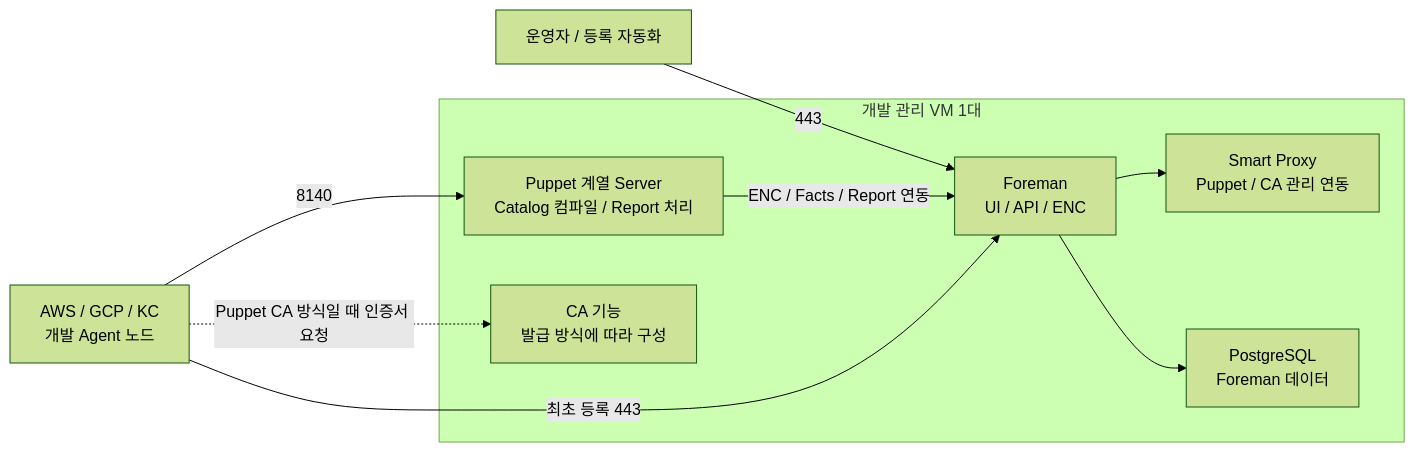
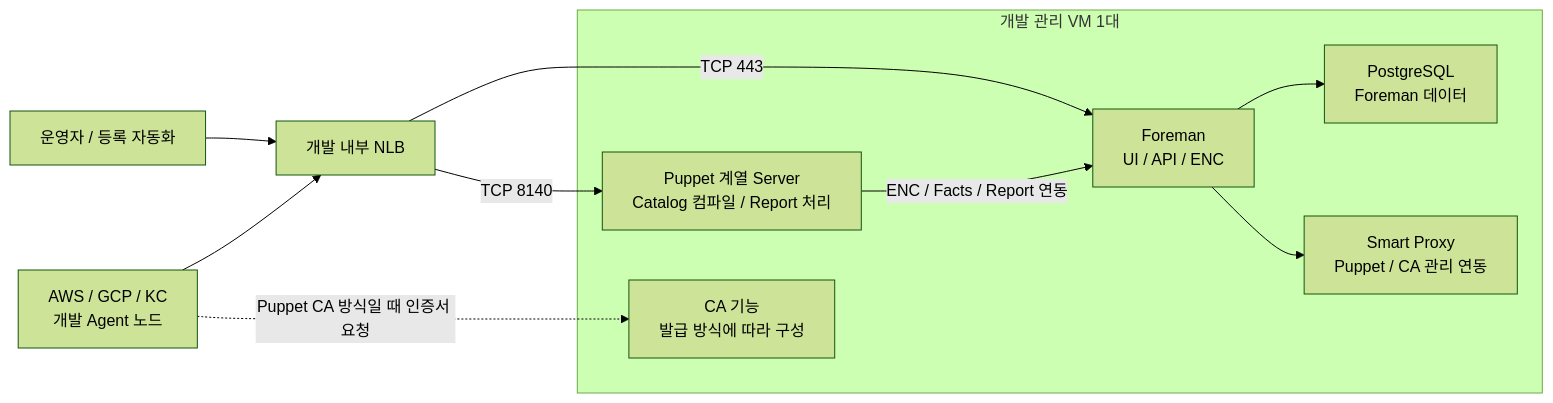
Before and after one commit to heyoon2j/y2-devops-lab: the diagram in foreman-puppet/docs/SERVER_TOPOLOGY.md, drawn with Mermaid (forest theme). The commit also changed other lines of this file and 7 other files, not shown here.

````diff
--- a/foreman-puppet/docs/SERVER_TOPOLOGY.md
+++ b/foreman-puppet/docs/SERVER_TOPOLOGY.md
@@ -31,17 +31,19 @@
 ```mermaid
 flowchart LR
-    U["운영자 / 등록 자동화"] -->|"443"| F
+    U["운영자 / 등록 자동화"]
     subgraph M["개발 관리 VM 1대"]
       F["Foreman\nUI / API / ENC"]
       P["Puppet 계열 Server\nCatalog 컴파일 / Report 처리"]
       S["Smart Proxy\nPuppet / CA 관리 연동"]
       DB["PostgreSQL\nForeman 데이터"]
       CA["CA 기능\n발급 방식에 따라 구성"]
       F --> DB
       F --> S
       P -->|"ENC / Facts / Report 연동"| F
     end
-    A["AWS / GCP / KC\n개발 Agent 노드"] -->|"8140"| P
-    A -->|"최초 등록 443"| F
+    L["개발 내부 NLB"] -->|"TCP 443"| F
+    L -->|"TCP 8140"| P
+    U --> L
+    A["AWS / GCP / KC\n개발 Agent 노드"] --> L
     A -.->|"Puppet CA 방식일 때 인증서 요청"| CA
 ```
````
